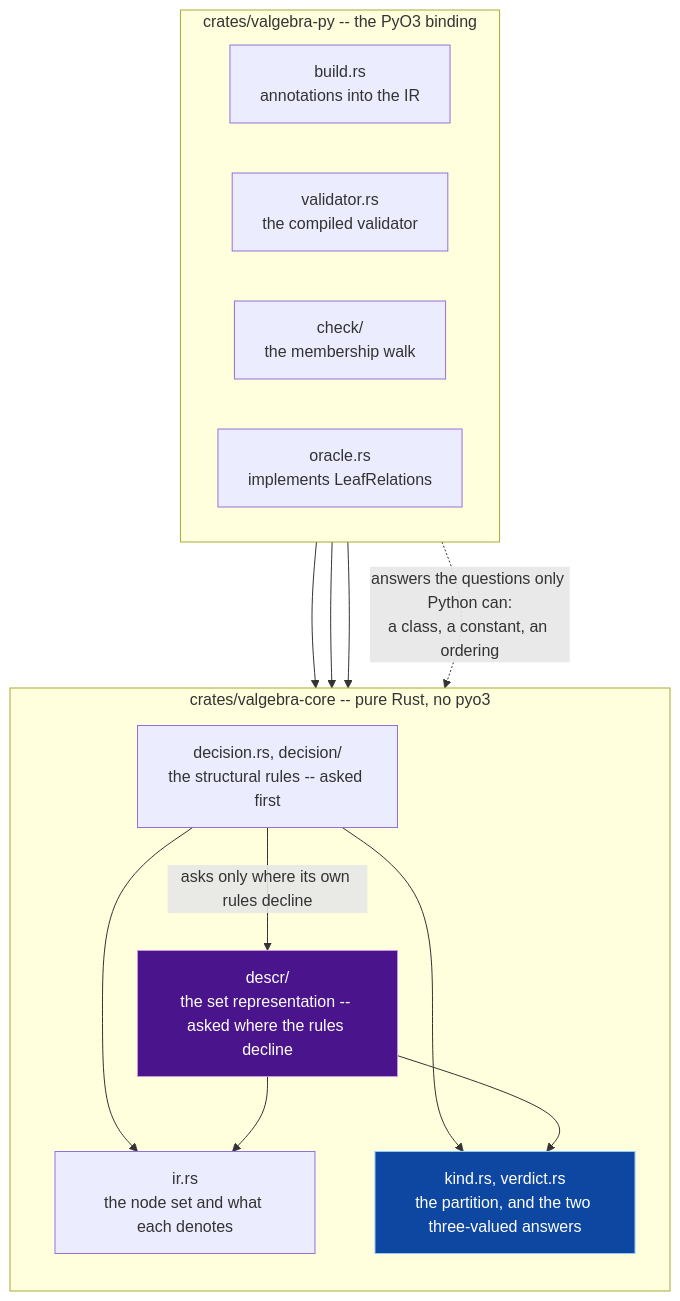
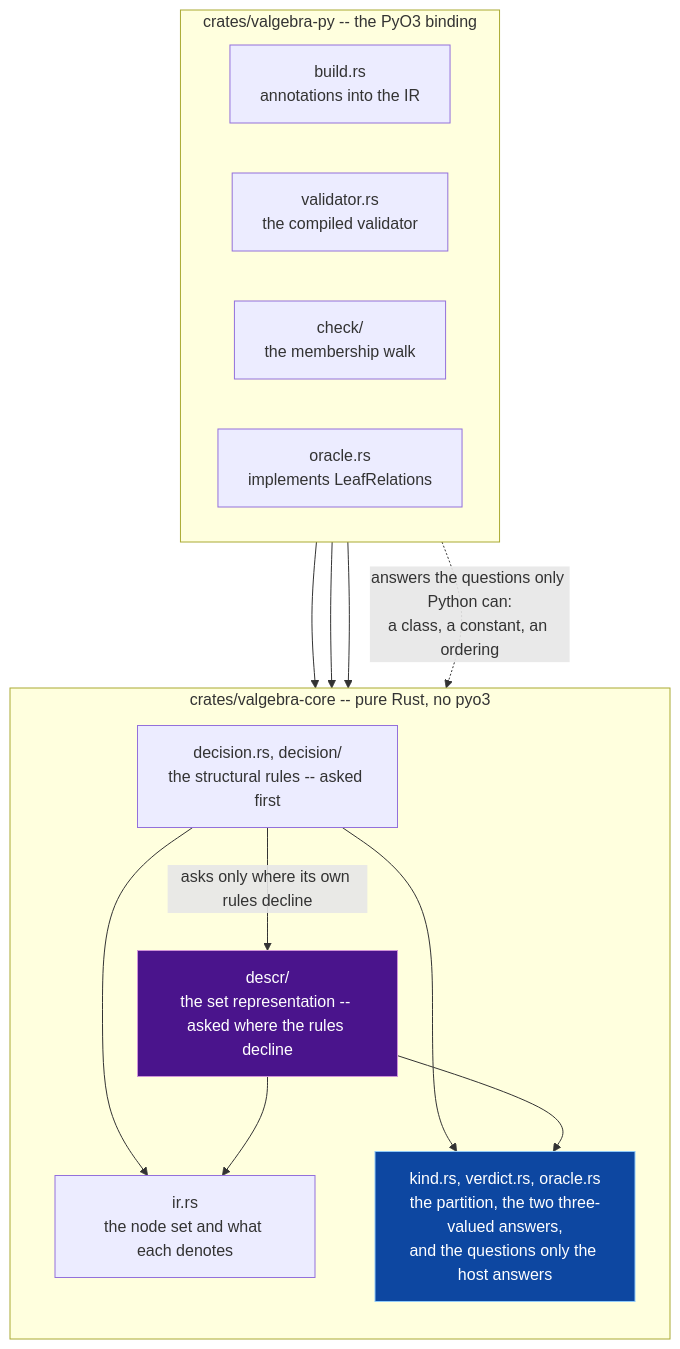
Before and after one commit to ppigazzini/valgebra: the first of 2 diagrams in docs/dev/00-architecture.md, drawn with Mermaid. The commit also changed other lines of this file and 21 other files, not shown here.

````diff
--- a/docs/dev/00-architecture.md
+++ b/docs/dev/00-architecture.md
@@ -47,33 +47,33 @@
 ```mermaid
 flowchart TB
     subgraph PY["crates/valgebra-py -- the PyO3 binding"]
         direction LR
         BUILD["build.rs<br/>annotations into the IR"]
         VAL["validator.rs<br/>the compiled validator"]
         WALK["check/<br/>the membership walk"]
         ORACLE["oracle.rs<br/>implements LeafRelations"]
     end
 
     subgraph CORE["crates/valgebra-core -- pure Rust, no pyo3"]
         direction TB
         DECISION["decision.rs, decision/<br/>the structural rules -- asked first"]
         DESCR["descr/<br/>the set representation -- asked where the rules decline"]
         IR["ir.rs<br/>the node set and what each denotes"]
-        FRAME["kind.rs, verdict.rs<br/>the partition, and the two three-valued answers"]
+        FRAME["kind.rs, verdict.rs, oracle.rs<br/>the partition, the two three-valued answers,<br/>and the questions only the host answers"]
         DECISION -->|"asks only where its own rules decline"| DESCR
         DECISION --> IR
         DESCR --> IR
         DECISION --> FRAME
         DESCR --> FRAME
     end
 
     BUILD --> IR
     VAL --> DECISION
     WALK --> IR
-    ORACLE -.->|"answers the questions only Python can:<br/>a class, a constant, an ordering"| DECISION
+    ORACLE -.->|"answers the questions only Python can:<br/>a class, a constant, an ordering"| FRAME
 
     classDef frame fill:#0d47a1,stroke:#90caf9,color:#ffffff
     classDef definition fill:#4a148c,stroke:#ce93d8,color:#ffffff
     class FRAME frame
     class DESCR definition
 ```
````
